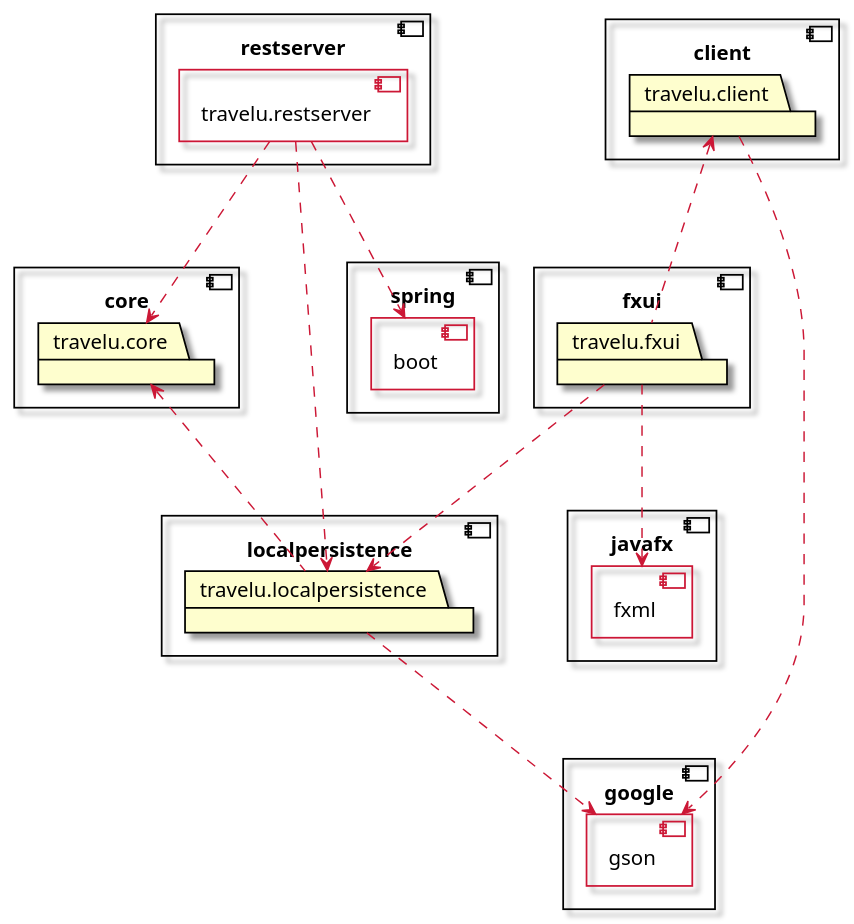
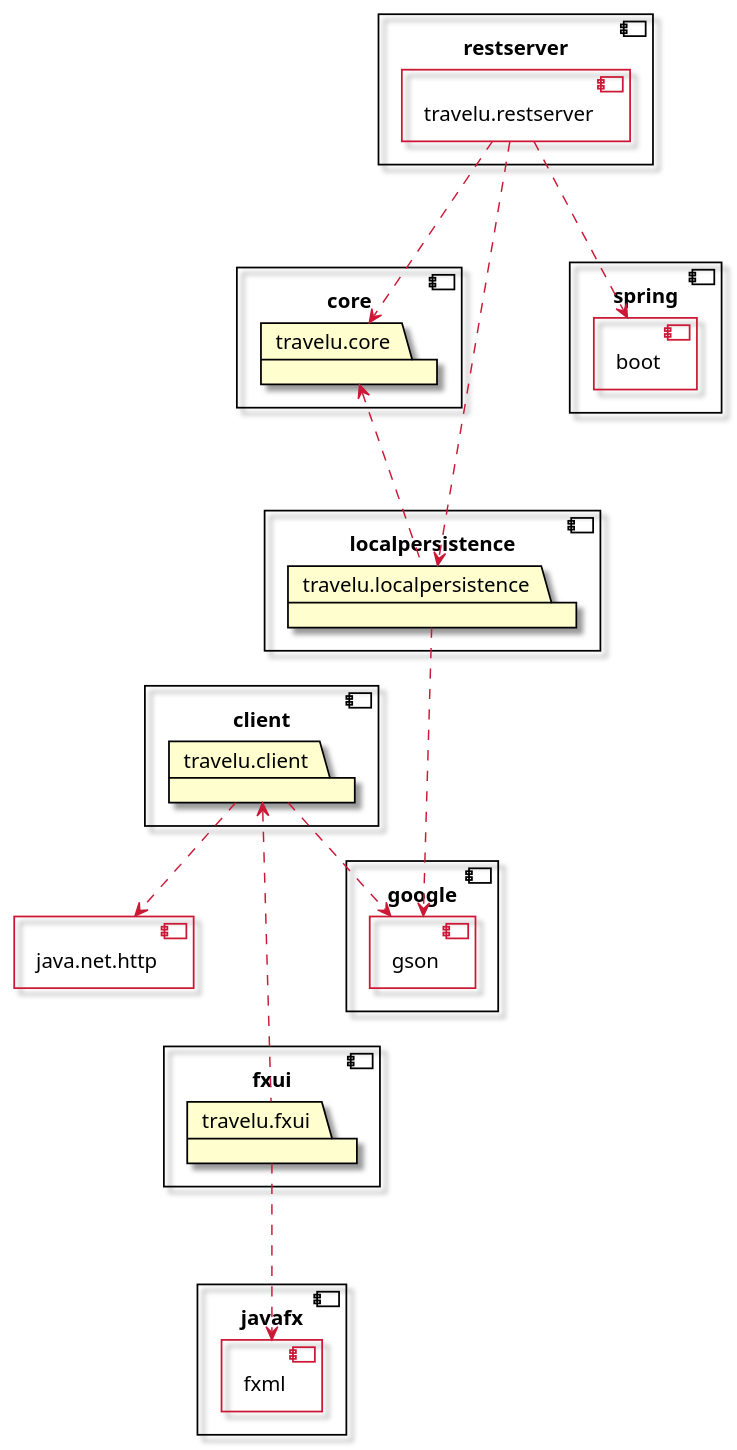
Before and after one commit to tbwiik/Travelu: the diagram in docs/packageDiagram.plantuml, drawn with PlantUML. The commit also changed 1 other file, not shown here.

```diff
--- a/docs/packageDiagram.plantuml
+++ b/docs/packageDiagram.plantuml
@@ -1,62 +1,64 @@
 @startuml packageDiagram
 skin rose
 
 component restserver {
   [travelu.restserver] <<inside>>
 }
 
 component fxui {
   package travelu.fxui {
 }
 }
 
 component core {
   package travelu.core {
 }
 }
 
 component localpersistence {
   package travelu.localpersistence {
 }
 }
 
 component client {
   package travelu.client {
 }
 }
 
 component spring {
   [boot] <<inside>>
 }
 
 component javafx {
   [fxml] <<inside>>
 }
 
 component google {
   [gson] <<inside>>
 }
 
+component java.net.http <<inside>> {
+}
 skinparam Component {
   BackgroundColor transparent
   BorderColor black
   BorderColor<<inside>> #cc1836
 }
 
 skinparam ComponentBorderThickness 1.2
 skinparam PackageBorderThickness 1.2
 skinparam PackageBorderColor black
 skinparam ArrowColor #cc1836
 
 HIDE <<inside>> stereotype
 
 travelu.client <... travelu.fxui
 travelu.client ..> gson
+travelu.client ..> java.net.http
 travelu.fxui ...> fxml
-travelu.fxui ...> travelu.localpersistence
 travelu.localpersistence ...> gson
 travelu.core <... travelu.localpersistence
 travelu.restserver ...> travelu.core
 travelu.restserver ...> boot
 travelu.restserver ...> travelu.localpersistence
 @enduml
```
